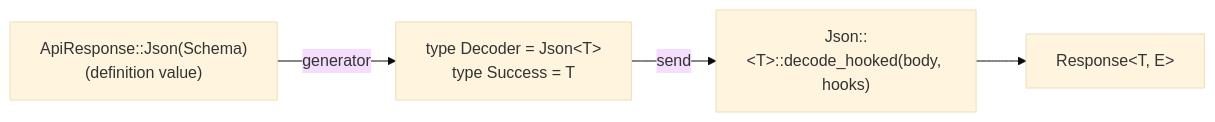
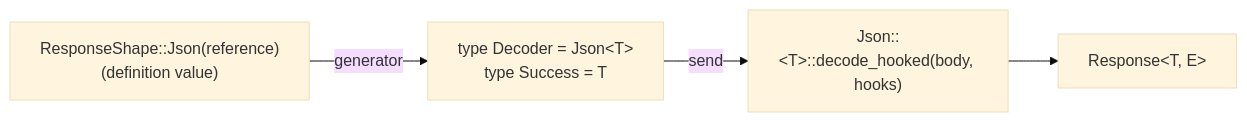
The first of 4 diagrams in schematic/docs/runtime/codecs.md (yankeeinlondon/rusty-biscuit), drawn with Mermaid (base theme) before and after one commit. The commit also changed other lines of this file and 30 other files, not shown here.

First line of the commit message:
docs(schematic): document GraphQL and Relay pagination behavior

````diff
--- a/schematic/docs/runtime/codecs.md
+++ b/schematic/docs/runtime/codecs.md
@@ -44,6 +44,6 @@
 ```mermaid
 flowchart LR
-    A["ApiResponse::Json(Schema)<br/>(definition value)"] -->|generator| B["type Decoder = Json&lt;T&gt;<br/>type Success = T"]
+    A["ResponseShape::Json(reference)<br/>(definition value)"] -->|generator| B["type Decoder = Json&lt;T&gt;<br/>type Success = T"]
     B -->|send| C["Json::&lt;T&gt;::decode_hooked(body, hooks)"]
     C --> D["Response&lt;T, E&gt;"]
 ```
````
